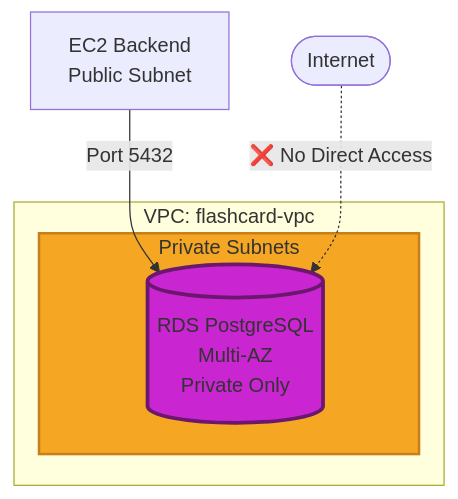
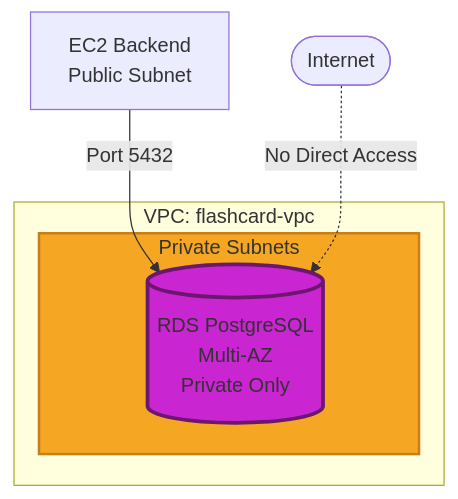
One commit to leekhanhduyaws/fcj-workshop-template changed the diagram in content/5-Workshop/5.5-Policy/_index.vi.md. Above: the diagram before and after it, drawn with Mermaid. The commit also changed other lines of this file, not shown here.

````diff
--- a/content/5-Workshop/5.5-Policy/_index.vi.md
+++ b/content/5-Workshop/5.5-Policy/_index.vi.md
@@ -25,15 +25,15 @@
 ```mermaid
 graph TB
     EC2[EC2 Backend<br/>Public Subnet] -->|Port 5432| RDS
     
     subgraph VPC["VPC: flashcard-vpc"]
         subgraph PrivateSubnet["Private Subnets"]
             RDS[(RDS PostgreSQL<br/>Multi-AZ<br/>Private Only)]
         end
     end
     
-    Internet([Internet]) -.->|❌ No Direct Access| RDS
+    Internet([Internet]) -.->| No Direct Access| RDS
     
     style RDS fill:#C925D1,stroke:#6B1770,stroke-width:3px
     style PrivateSubnet fill:#F5A623,stroke:#C77E1B,stroke-width:2px
 ```
````
